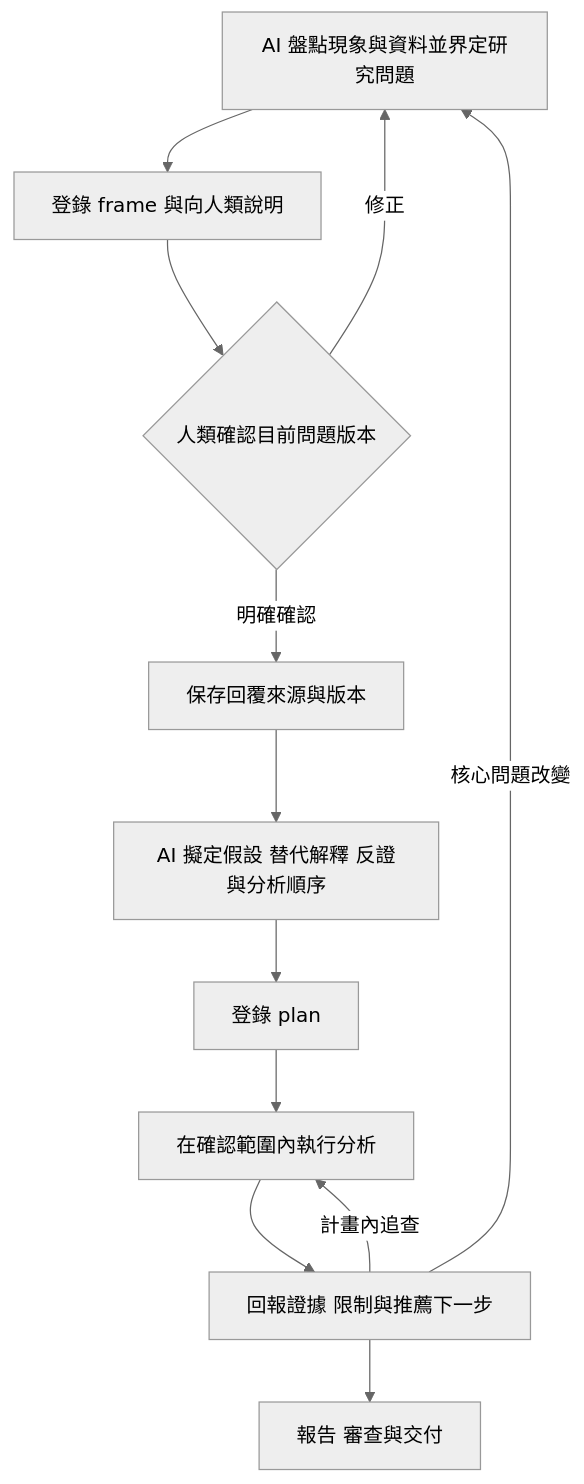
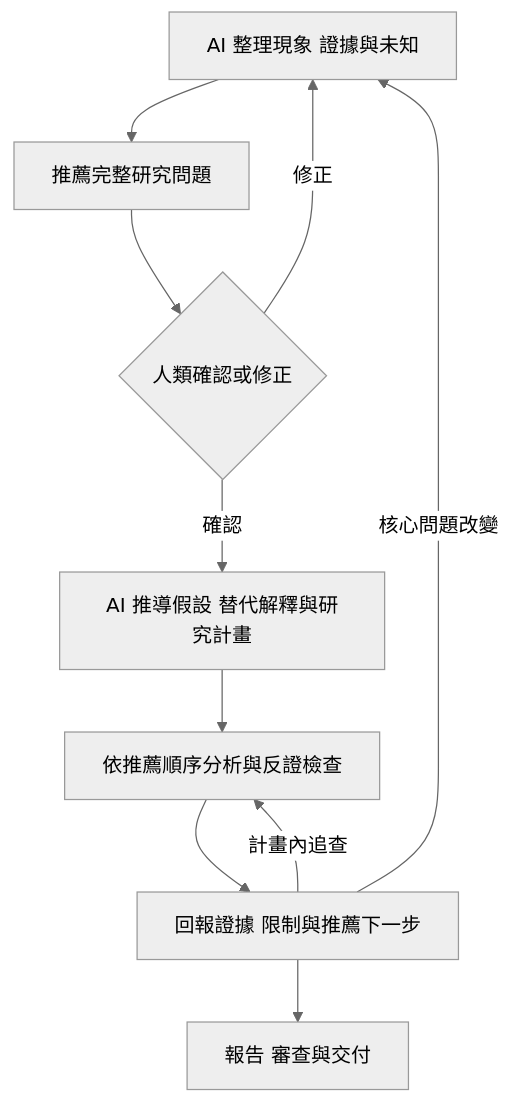
Before and after one commit to Zenobia000/iSpan_python-FE_DM-cookbooks: the diagram in docs/research-workflow.md, drawn with Mermaid (neutral theme). The commit also changed other lines of this file and 80 other files, not shown here.

````diff
--- a/docs/research-workflow.md
+++ b/docs/research-workflow.md
@@ -7,14 +7,12 @@
 ```mermaid
 flowchart TD
-    Q[AI 盤點現象與資料並界定研究問題] --> F[登錄 frame 與向人類說明]
-    F --> H{人類確認目前問題版本}
+    Q[AI 整理現象 證據與未知] --> F[推薦完整研究問題]
+    F --> H{人類確認或修正}
     H -->|修正| Q
-    H -->|明確確認| C[保存回覆來源與版本]
-    C --> P[AI 擬定假設 替代解釋 反證與分析順序]
-    P --> V[登錄 plan]
-    V --> A[在確認範圍內執行分析]
+    H -->|確認| P[AI 推導假設 替代解釋與研究計畫]
+    P --> A[依推薦順序分析與反證檢查]
     A --> R[回報證據 限制與推薦下一步]
     R -->|計畫內追查| A
     R -->|核心問題改變| Q
     R --> D[報告 審查與交付]
 ```
````
